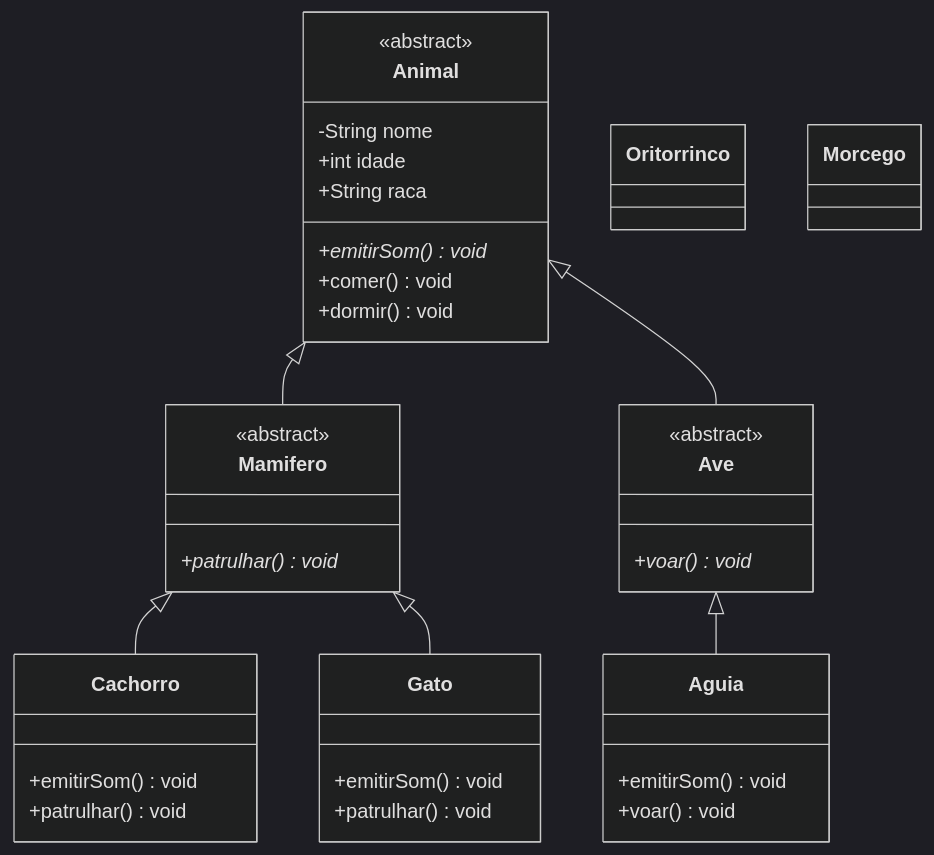
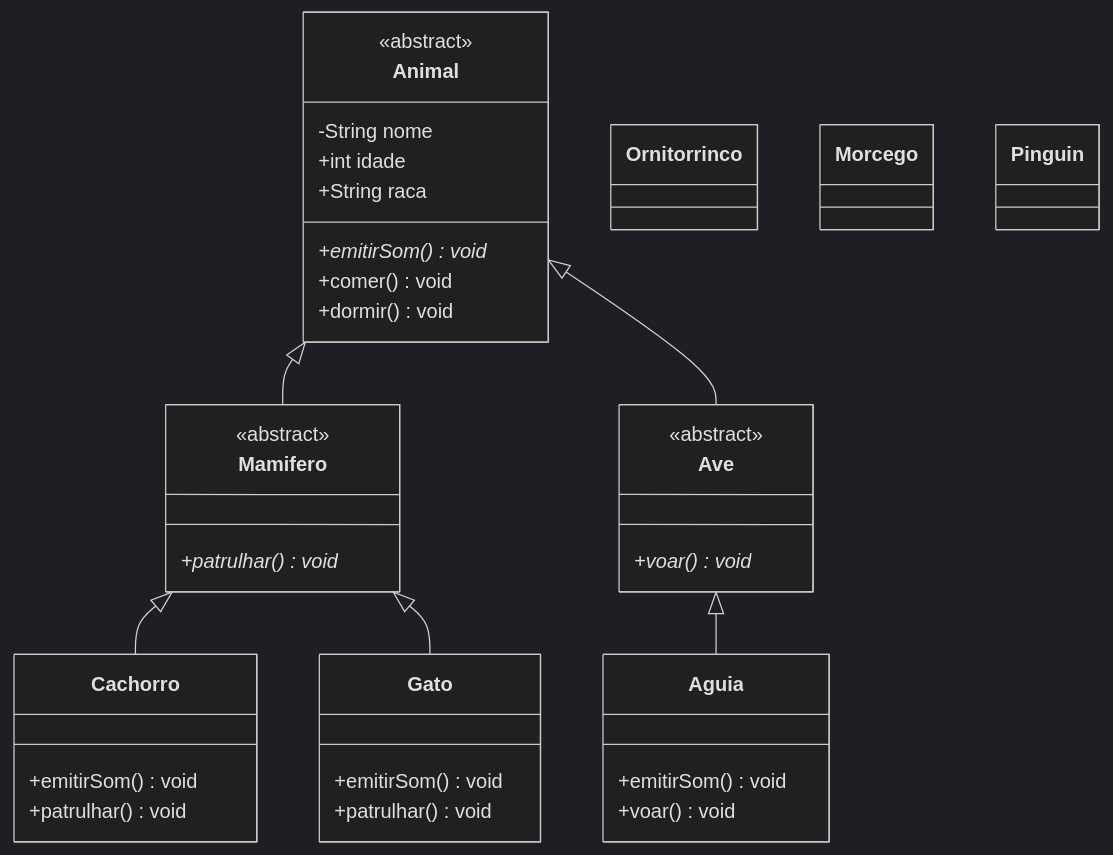
Before and after one commit to e024Dev/ProgramacaoOrientadaObjetos: the diagram in README.md, drawn with Mermaid (dark theme). The commit also changed other lines of this file, not shown here.

````diff
--- a/README.md
+++ b/README.md
@@ -33,46 +33,51 @@
 ```mermaid
 classDiagram
     class Animal {
         <<abstract>>
         -String nome
         +int idade
         +String raca
         +emitirSom()* void
         +comer() void
         +dormir() void
     }
 
     class Mamifero {
         <<abstract>>
         +patrulhar()* void
     }
 
     class Cachorro {
         +emitirSom() void
         +patrulhar() void
     }
 
     class Gato {
         +emitirSom() void
         +patrulhar() void
     }
 
     class Ave {
         <<abstract>>
         +voar()* void
     }
 
     class Aguia {
         +emitirSom() void
         +voar() void
     }
-    class Oritorrinco { }
+    
+   class Ornitorrinco { }
 
    class Morcego { }
+   
+  class Pinguin { }
+   
+   class Pinguin {}
 
     Animal <|-- Mamifero
     Animal <|-- Ave
     Mamifero <|-- Cachorro
     Mamifero <|-- Gato
     Ave <|-- Aguia
 ```
````
